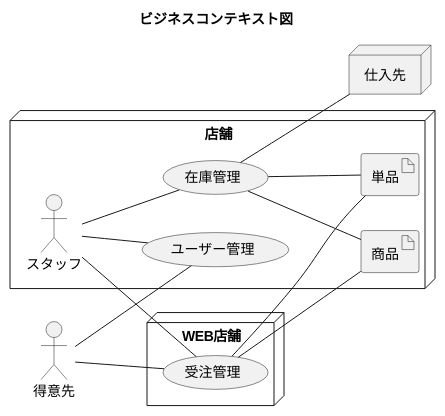
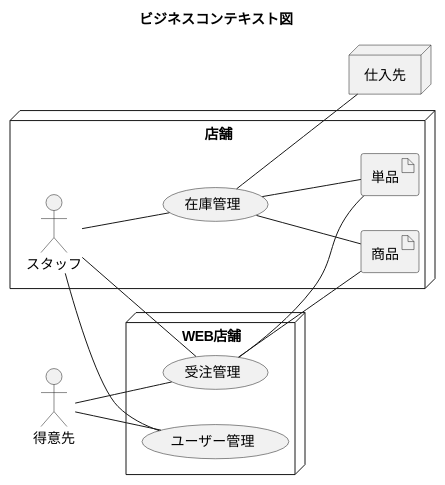
The fourth of 44 diagrams in docs/index.adoc (k2works/application_programing_excercise_2022), drawn with PlantUML before and after one commit. The commit also changed other lines of this file, not shown here.

```diff
--- a/docs/index.adoc
+++ b/docs/index.adoc
@@ -188,39 +188,39 @@
 [plantuml]
 ----
 @startuml
 
 title ビジネスコンテキスト図
 
 left to right direction
 
 actor 得意先 as ac_01
 
 node WEB店舗 as no_01{
+  usecase ユーザー管理 as uc_03
   usecase 受注管理 as uc_01
 }
 
 node 店舗 as no_02 {
   actor スタッフ as ac_02
 
   usecase 在庫管理 as uc_02
-  usecase ユーザー管理 as uc_03
   artifact 商品 as ar_01
   artifact 単品 as ar_02
 }
 
 node 仕入先 as no_03 {
 }
 
 ac_01 -- (uc_01)
 ac_02 - (uc_01)
 (uc_01) -- (ar_01)
 (uc_01) -- (ar_02)
 ac_02 -- (uc_02)
 (uc_02) -- (ar_01)
 (uc_02) -- (ar_02)
 (uc_02) -- no_03
 ac_01 -- (uc_03)
 ac_02 -- (uc_03)
 
 @enduml
 ----
```
